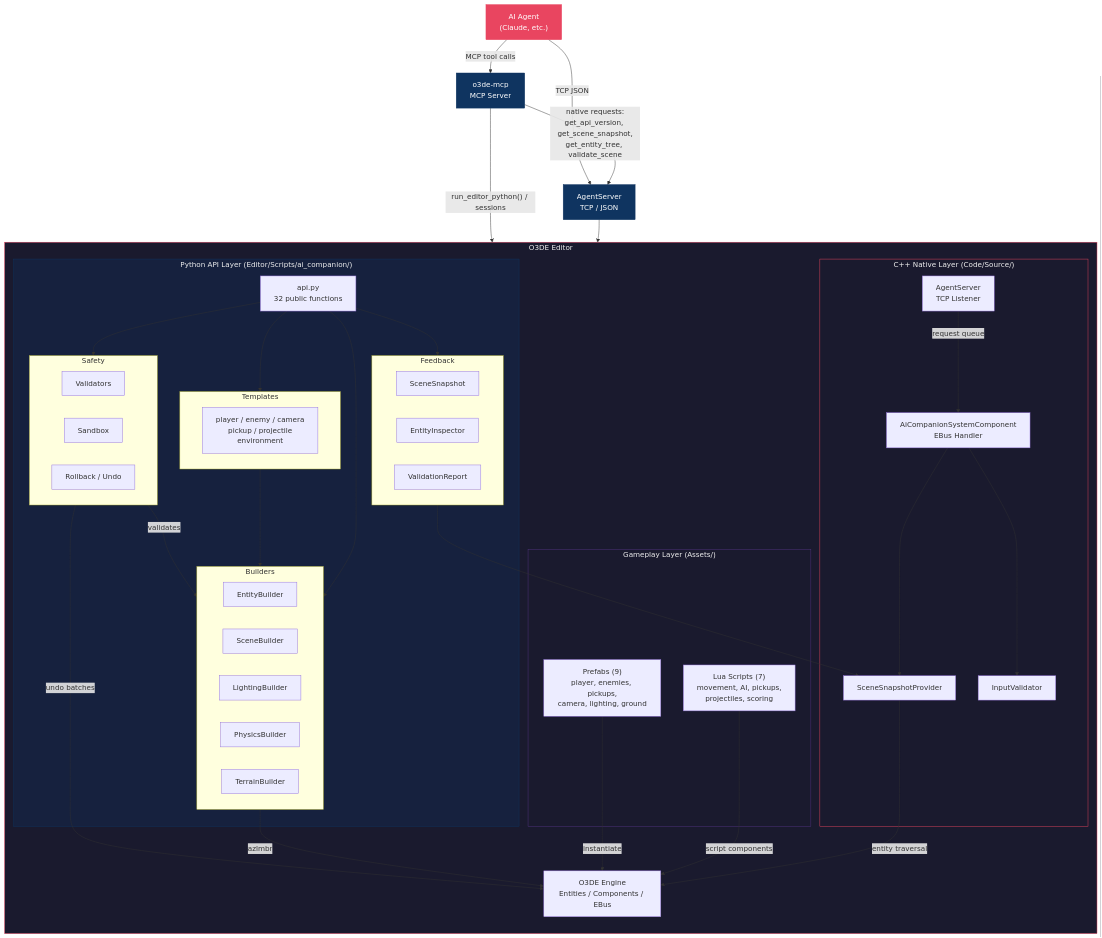
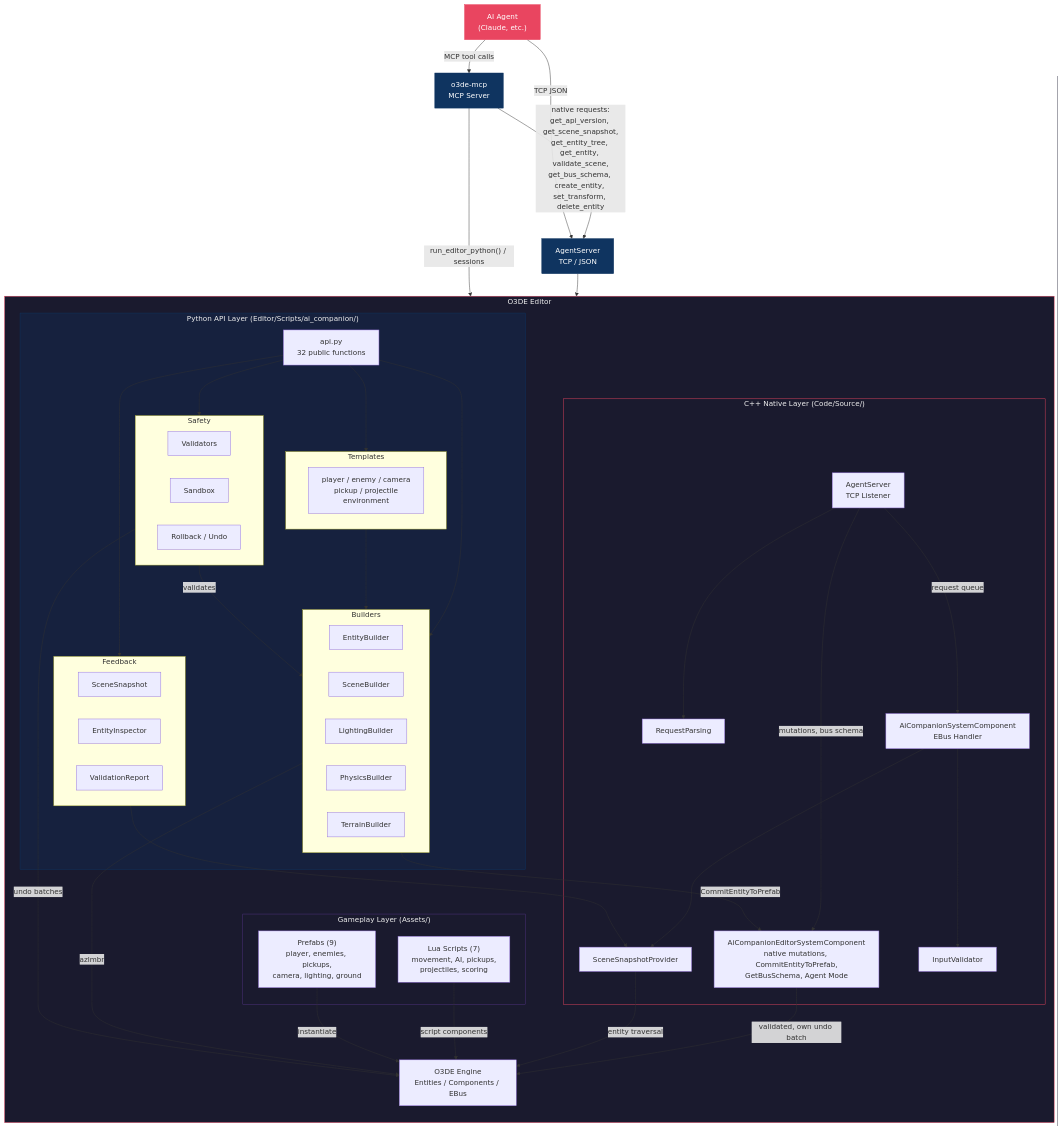
One commit to nickschuetz/o3de-ai-companion-gem changed the diagram in Docs/architecture.md. Above: the diagram before and after it, drawn with Mermaid. The commit also changed other lines of this file and 7 other files, not shown here.

First line of the commit message:
Bring the documentation up to date with the native mutations, the launcher check, and the persistence fix

```diff
--- a/Docs/architecture.md
+++ b/Docs/architecture.md
@@ -52,8 +52,10 @@
 
         subgraph CppLayer["C++ Native Layer  (Code/Source/)"]
             SysComp["AiCompanionSystemComponent<br/>EBus Handler"]
+            EdComp["AiCompanionEditorSystemComponent<br/>native mutations, CommitEntityToPrefab,<br/>GetBusSchema, Agent Mode"]
             SSP["SceneSnapshotProvider"]
             IV["InputValidator"]
+            RP["RequestParsing"]
             AS["AgentServer<br/>TCP Listener"]
         end
 
@@ -68,9 +70,13 @@
     Agent -->|"MCP tool calls"| MCP
     Agent -->|"TCP JSON"| AgentSrv
     MCP -->|"run_editor_python() / sessions"| API
-    MCP -->|"native requests:<br/>get_api_version, get_scene_snapshot,<br/>get_entity_tree, validate_scene"| AgentSrv
+    MCP -->|"native requests:<br/>get_api_version, get_scene_snapshot,<br/>get_entity_tree, get_entity, validate_scene,<br/>get_bus_schema, create_entity, set_transform, delete_entity"| AgentSrv
     AgentSrv --> AS
+    AS --> RP
     AS -->|"request queue"| SysComp
+    AS -->|"mutations, bus schema"| EdComp
+    EdComp -->|"validated, own undo batch"| Engine
+    Builders -->|"CommitEntityToPrefab"| EdComp
 
     API --> Builders
     API --> Templates
```
